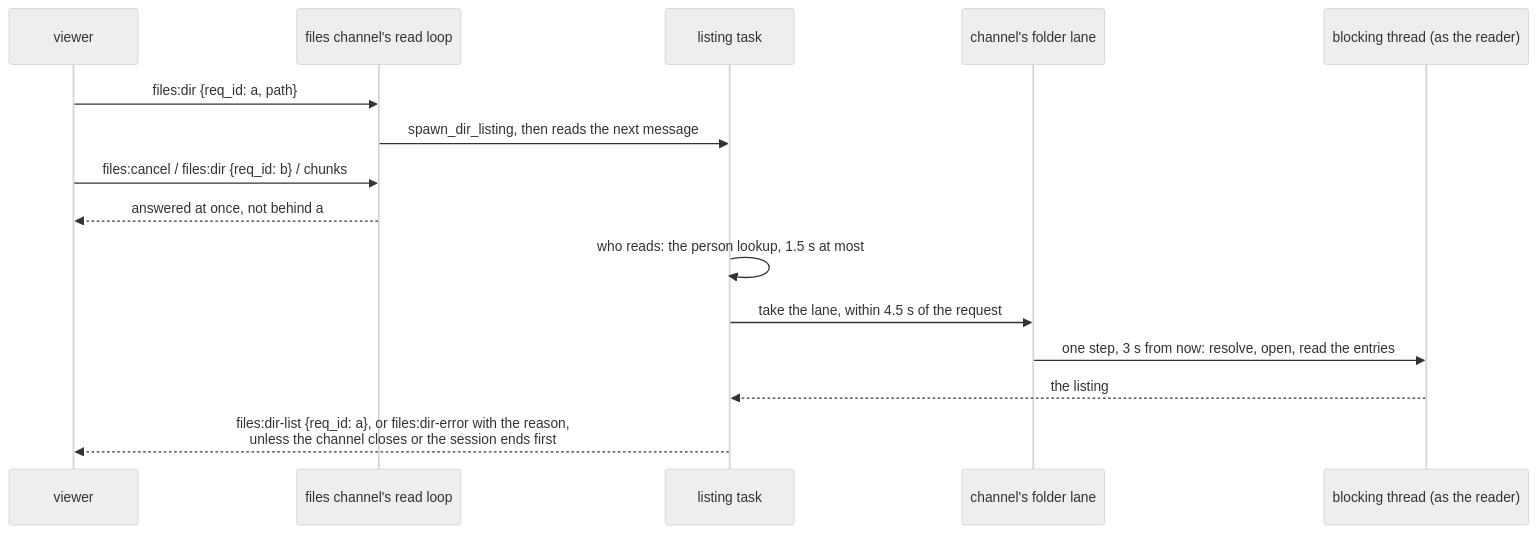
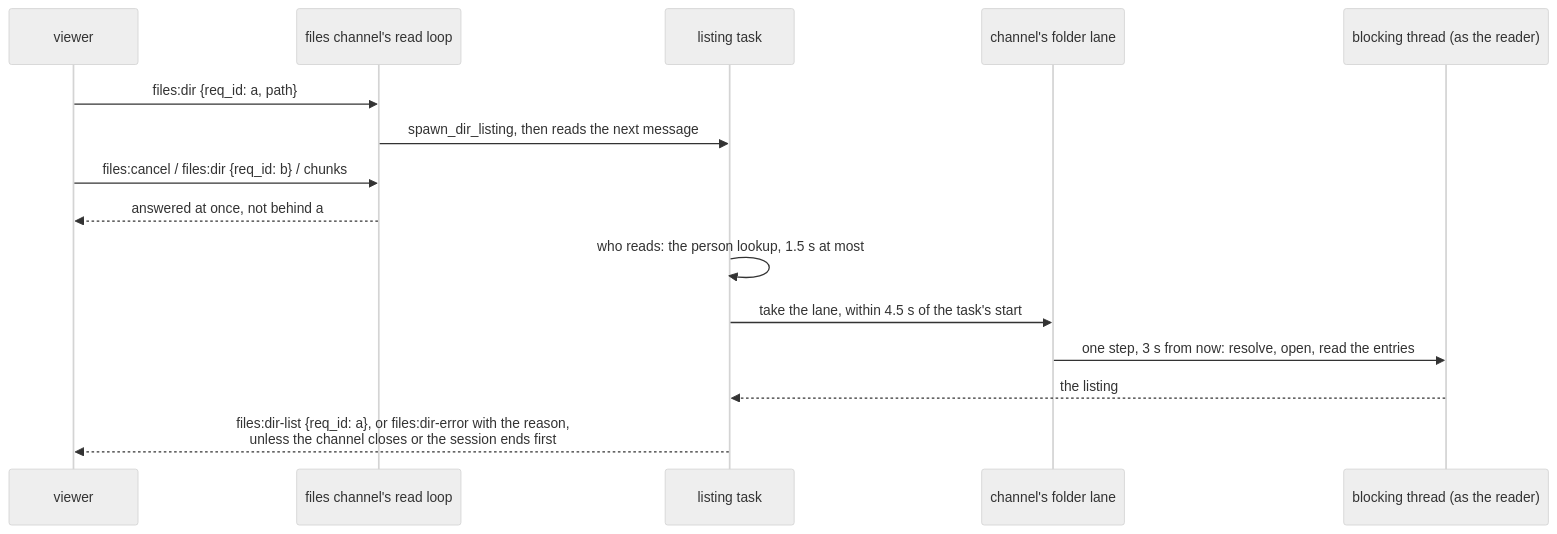
Diagram 11 of 43 in docs/desktop-companion.md (gjovanov/roomler-ai), drawn with Mermaid (neutral theme) before and after one commit. The commit also changed other lines of this file and 3 other files, not shown here.

````diff
--- a/docs/desktop-companion.md
+++ b/docs/desktop-companion.md
@@ -920,17 +920,17 @@
 ```mermaid
 sequenceDiagram
     participant V as viewer
     participant L as files channel's read loop
     participant T as listing task
     participant K as channel's folder lane
     participant B as blocking thread (as the reader)
     V->>L: files:dir {req_id: a, path}
     L->>T: spawn_dir_listing, then reads the next message
     V->>L: files:cancel / files:dir {req_id: b} / chunks
     L-->>V: answered at once, not behind a
     T->>T: who reads: the person lookup, 1.5 s at most
-    T->>K: take the lane, within 4.5 s of the request
+    T->>K: take the lane, within 4.5 s of the task's start
     K->>B: one step, 3 s from now: resolve, open, read the entries
     B-->>T: the listing
     T-->>V: files:dir-list {req_id: a}, or files:dir-error with the reason,<br/>unless the channel closes or the session ends first
 ```
````
